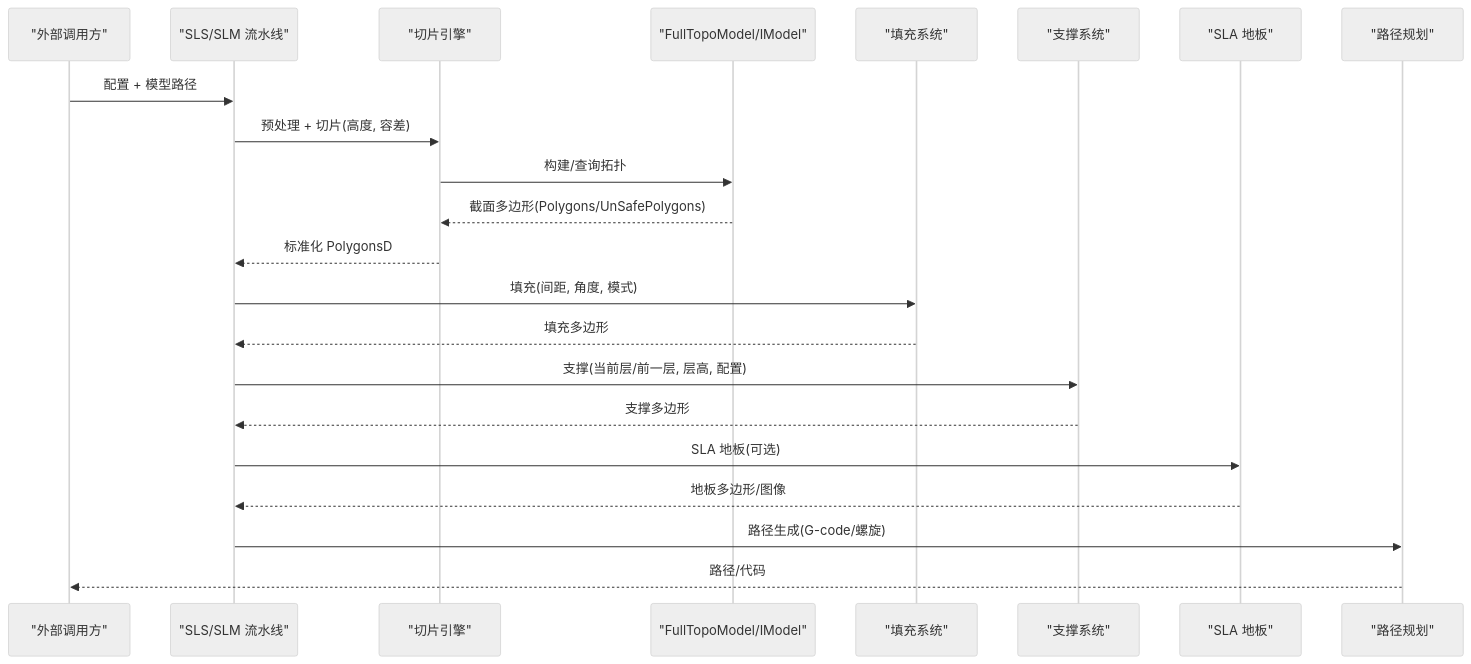
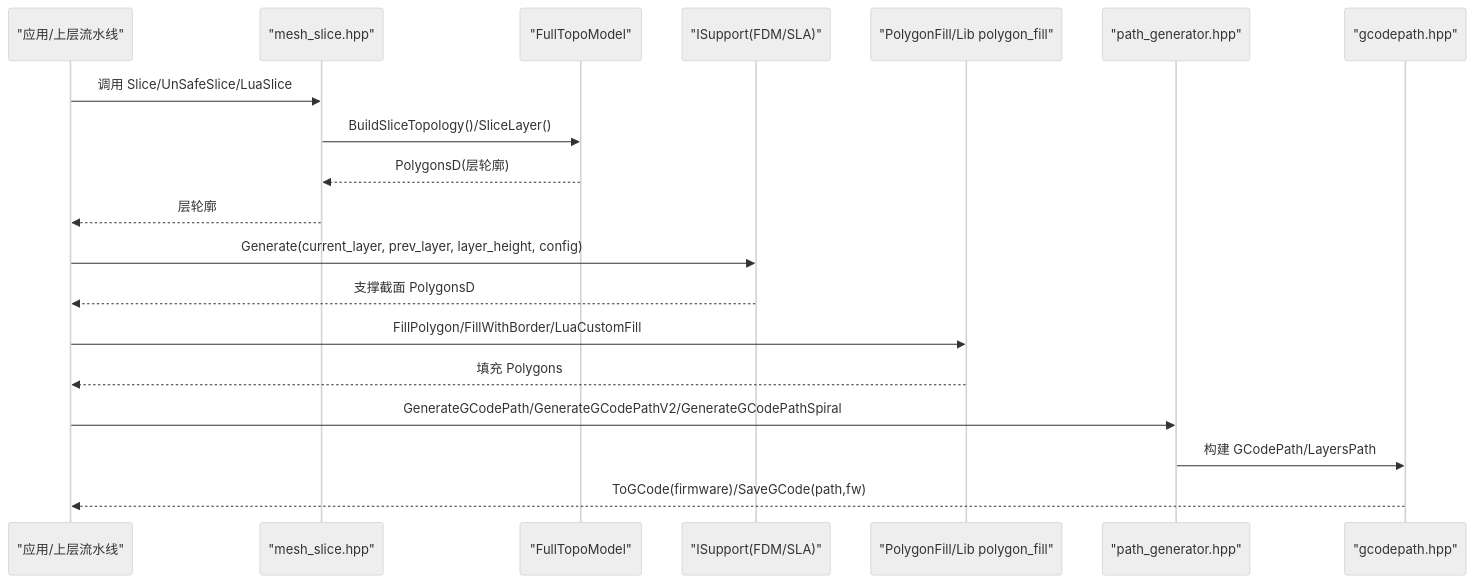
Before and after one commit to hsmbanlance/HsBaSlicer: the second of 8 diagrams in .qoder/repowiki/zh/content/核心模块详解/核心模块详解.md, drawn with Mermaid (neutral theme). The commit also changed other lines of this file and 1135 other files, not shown here.

````diff
--- a/.qoder/repowiki/zh/content/核心模块详解/核心模块详解.md
+++ b/.qoder/repowiki/zh/content/核心模块详解/核心模块详解.md
@@ -107,24 +127,21 @@
 ```mermaid
 sequenceDiagram
-participant Client as "外部调用方"
-participant Pipeline as "SLS/SLM 流水线"
-participant Slice as "切片引擎"
-participant Topo as "FullTopoModel/IModel"
-participant Fill as "填充系统"
-participant Support as "支撑系统"
-participant Floor as "SLA 地板"
-participant Path as "路径规划"
-Client->>Pipeline : 配置 + 模型路径
-Pipeline->>Slice : 预处理 + 切片(高度, 容差)
-Slice->>Topo : 构建/查询拓扑
-Topo-->>Slice : 截面多边形(Polygons/UnSafePolygons)
-Slice-->>Pipeline : 标准化 PolygonsD
-Pipeline->>Fill : 填充(间距, 角度, 模式)
-Fill-->>Pipeline : 填充多边形
-Pipeline->>Support : 支撑(当前层/前一层, 层高, 配置)
-Support-->>Pipeline : 支撑多边形
-Pipeline->>Floor : SLA 地板(可选)
-Floor-->>Pipeline : 地板多边形/图像
-Pipeline->>Path : 路径生成(G-code/螺旋)
-Path-->>Client : 路径/代码
+participant App as "应用/上层流水线"
+participant Slice as "mesh_slice.hpp"
+participant Topo as "FullTopoModel"
+participant Support as "ISupport(FDM/SLA)"
+participant Fill as "PolygonFill/Lib polygon_fill"
+participant Path as "path_generator.hpp"
+participant GCode as "gcodepath.hpp"
+App->>Slice : 调用 Slice/UnSafeSlice/LuaSlice
+Slice->>Topo : BuildSliceTopology()/SliceLayer()
+Topo-->>Slice : PolygonsD(层轮廓)
+Slice-->>App : 层轮廓
+App->>Support : Generate(current_layer, prev_layer, layer_height, config)
+Support-->>App : 支撑截面 PolygonsD
+App->>Fill : FillPolygon/FillWithBorder/LuaCustomFill
+Fill-->>App : 填充 Polygons
+App->>Path : GenerateGCodePath/GenerateGCodePathV2/GenerateGCodePathSpiral
+Path->>GCode : 构建 GCodePath/LayersPath
+GCode-->>App : ToGCode(firmware)/SaveGCode(path,fw)
 ```
````
